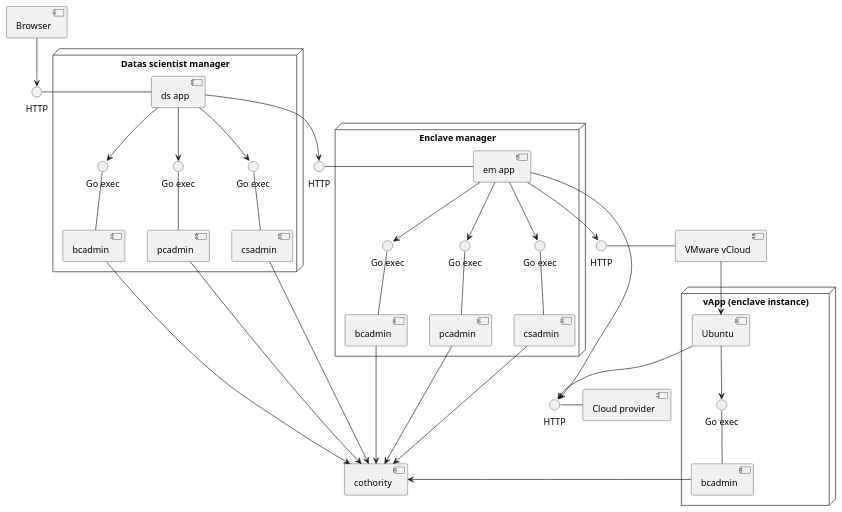
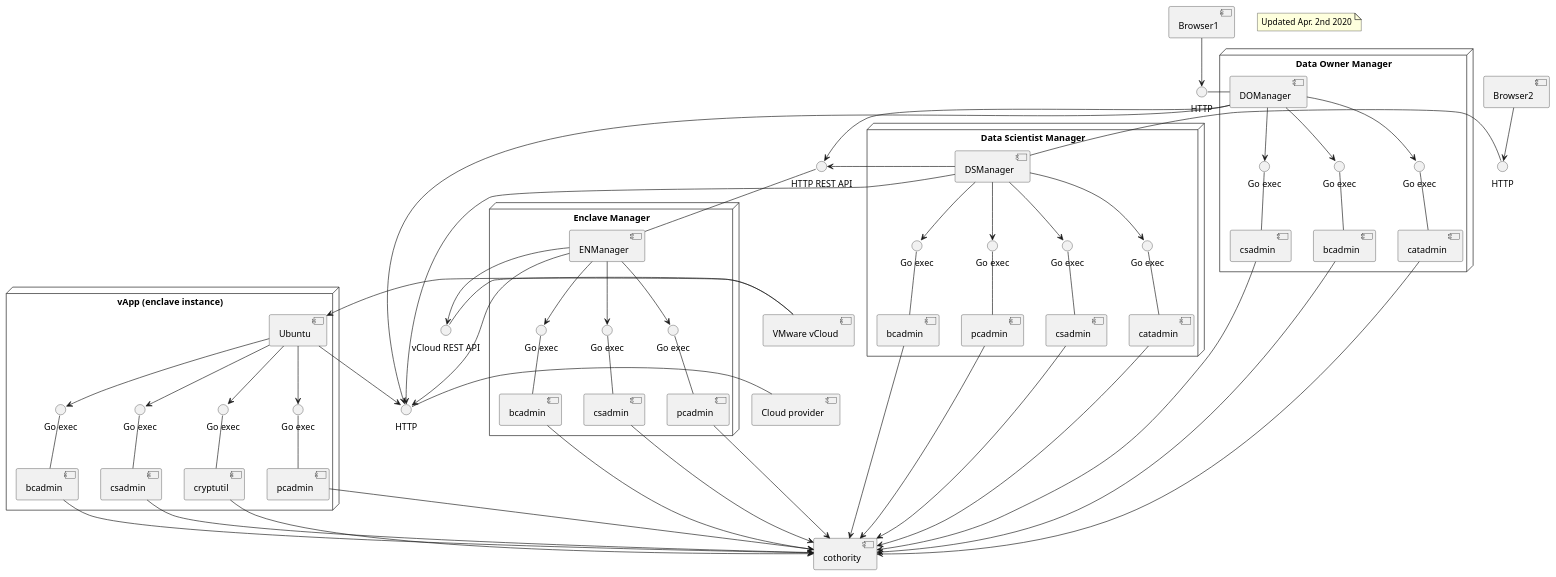
Before and after one commit to dedis/odyssey: the diagram in docs/assets/components.puml, drawn with PlantUML. The commit also changed 4 other files, not shown here.

Commit message:
Updates the components diagram

```diff
--- a/docs/assets/components.puml
+++ b/docs/assets/components.puml
@@ -1,82 +1,145 @@
 @startuml
+
+note "Updated Apr. 2nd 2020" as note
 
 interface "HTTP" as http1
 interface "HTTP" as http2
+interface "HTTP REST API" as http3
+
+interface "vCloud REST API" as http_vcloud
+interface "HTTP" as http_cloud
 
 component [cothority]
 
-node "Datas scientist manager" {
-    http1 - [ds app]
+node "Data Owner Manager" {
+    http1 - [DOManager]
+    
+    interface "Go exec" as goexec11
+    component [bcadmin] as bcadmin11
+    goexec11 -- [bcadmin11]
+    [DOManager] --> goexec11
+    
+    interface "Go exec" as goexec12
+    component [csadmin] as csadmin11
+    goexec12 -- [csadmin11]
+    [DOManager] --> goexec12
+    
+    interface "Go exec" as goexec13
+    component [catadmin] as catadmin11
+    goexec13 -- [catadmin11]
+    [DOManager] --> goexec13
+
+    [DOManager] --> http3
+
+    [bcadmin11] -> [cothority]
+    [catadmin11] -> [cothority]
+    [csadmin11] -> [cothority]
+    
+    [DOManager] --> http_cloud
+}
+
+[Browser1] --> http1
+[Browser2] --> http2
+
+
+node "Data Scientist Manager" {
+    http2 - [DSManager]
 
     interface "Go exec" as goexec1
     component [bcadmin] as bcadmin1
-    goexec1 -down- [bcadmin1]
-    [ds app] --> goexec1
+    goexec1 -- [bcadmin1]
+    [DSManager] --> goexec1
     
     interface "Go exec" as goexec2
     component [csadmin] as csadmin1
-    goexec2 -down- [csadmin1]
-    [ds app] --> goexec2
+    goexec2 -- [csadmin1]
+    [DSManager] --> goexec2
     
     interface "Go exec" as goexec3
     component [pcadmin] as pcadmin1
-    goexec3 -down- [pcadmin1]
-    [ds app] --> goexec3
+    goexec3 -- [pcadmin1]
+    [DSManager] --> goexec3
 
-    [ds app] --> http2
+    interface "Go exec" as goexec3.2
+    component [catadmin] as catadmin1
+    goexec3.2 -- [catadmin1]
+    [DSManager] --> goexec3.2
+
+    [DSManager] --> http3
 
     [bcadmin1] -> [cothority]
     [pcadmin1] -> [cothority]
     [csadmin1] -> [cothority]
+    [catadmin1] -> [cothority]
+    
+    [DSManager] --> http_cloud
 }
-
-[Browser] --> http1
-
-interface "HTTP" as http_vcloud
-interface "HTTP" as http_cloud
 
 http_vcloud - [VMware vCloud] 
 
-node "Enclave manager" {
+node "Enclave Manager" {
     interface "Go exec" as goexec4
     component [bcadmin] as bcadmin2
-    goexec4 -down- [bcadmin2]
-    [em app] --> goexec4
+    goexec4 -- [bcadmin2]
+    [ENManager] --> goexec4
     
     interface "Go exec" as goexec5
     component [csadmin] as csadmin2
-    goexec5 -down- [csadmin2]
-    [em app] --> goexec5
+    goexec5 -- [csadmin2]
+    [ENManager] --> goexec5
     
     interface "Go exec" as goexec6
     component [pcadmin] as pcadmin2
-    goexec6 -down- [pcadmin2]
-    [em app] --> goexec6
+    goexec6 -- [pcadmin2]
+    [ENManager] --> goexec6
 
-    http2 - [em app]
+    http3 -- [ENManager]
     
     
-    [em app] --> http_vcloud
-    [em app] --> http_cloud
+    [ENManager] --> http_vcloud
+    [ENManager] --> http_cloud
     
-    [bcadmin2] -> [cothority]
-    [pcadmin2] -> [cothority]
-    [csadmin2] -> [cothority]
+    [bcadmin2] --> [cothority]
+    [pcadmin2] --> [cothority]
+    [csadmin2] --> [cothority]
 }
 
 node "vApp (enclave instance)" {
     interface "Go exec" as goexec7
+    interface "Go exec" as goexec8
+    interface "Go exec" as goexec9
+    interface "Go exec" as goexec10
+    
     component [bcadmin] as bcadmin3
-    goexec7 -down- [bcadmin3]
+    component [csadmin] as csadmin3
+    component [cryptutil] as cryputil3
+    component [pcadmin] as pcadmin3
+    
+    goexec7 -- [bcadmin3]
+    goexec8 -- [csadmin3]
+    goexec9 -- [cryputil3]
+    goexec10 -- [pcadmin3]
     
     [Ubuntu] --> goexec7
+    [Ubuntu] --> goexec8
+    [Ubuntu] --> goexec9
+    [Ubuntu] --> goexec10
+    
     [Ubuntu] --> http_cloud
     
-    [bcadmin3] -> [cothority]
+    [bcadmin3] --> [cothority]
+    [csadmin3] --> [cothority]
+    [pcadmin3] --> [cothority]
+    [cryputil3] --> [cothority]
 }
 
 [VMware vCloud] --> [Ubuntu]
 
 http_cloud - [Cloud provider]
 
+[DOManager] -[hidden]down- [DSManager]
+[DSManager] -[hidden]down- [ENManager]
+[ENManager] -[hidden]down- [Ubuntu]
+[ENManager] -[hidden]down- [Cloud provider]
+
 @enduml
```
